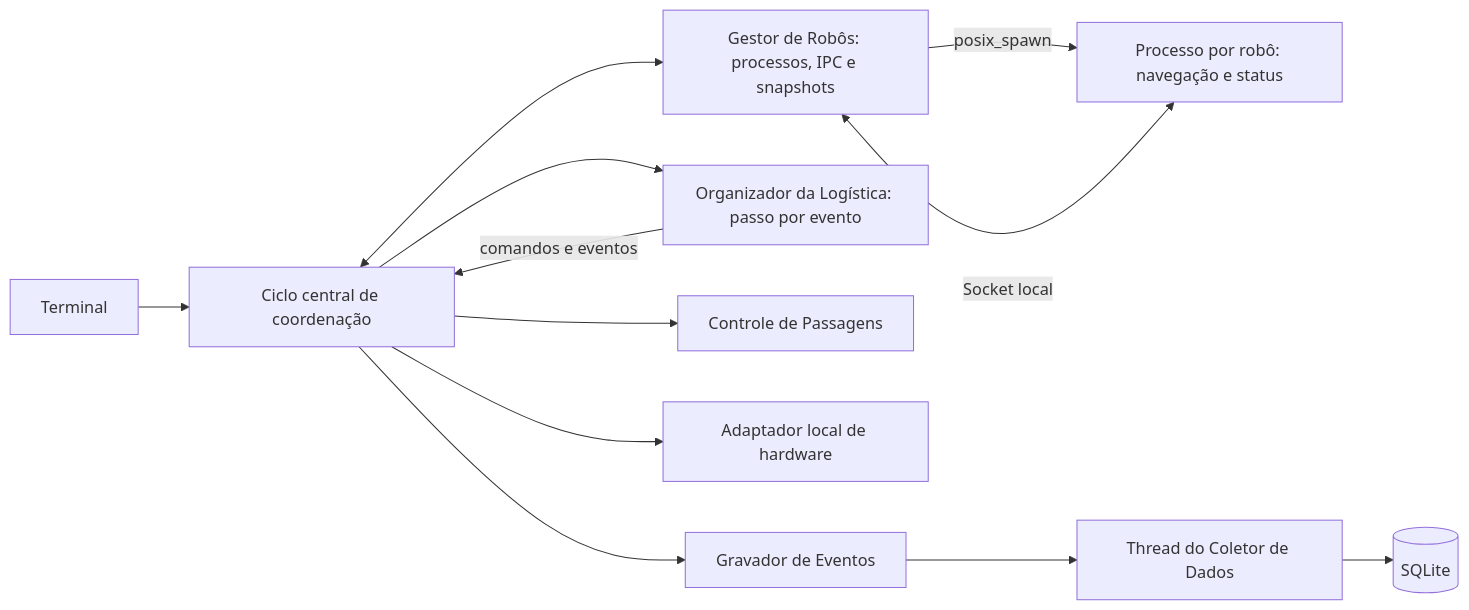
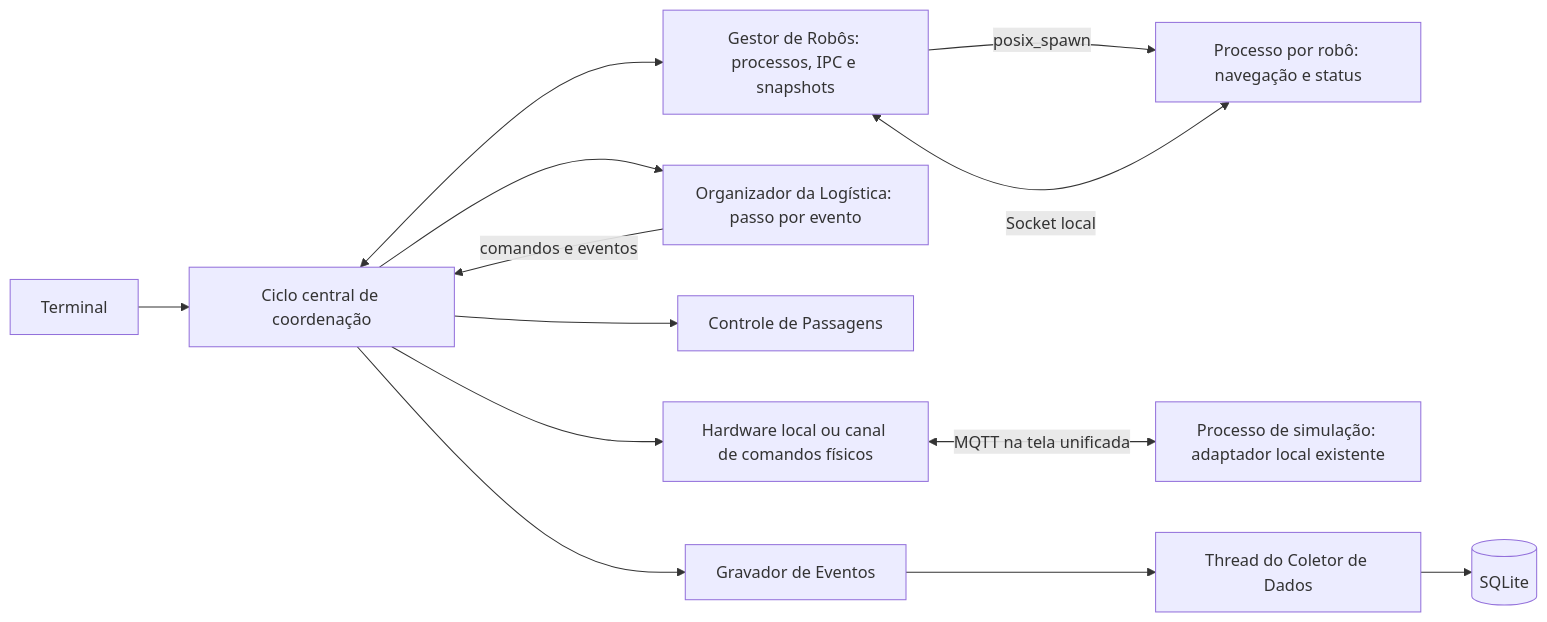
One commit to LuccaRig/Robotic-Fleet-Management-for-Logistics changed the diagram in docs/arquitetura-etapa1.md. Above: the diagram before and after it, drawn with Mermaid. The commit also changed other lines of this file and 28 other files, not shown here.

Commit message:
feat(simulacao): integra hardware MQTT e completa histórico e filas

````diff
--- a/docs/arquitetura-etapa1.md
+++ b/docs/arquitetura-etapa1.md
@@ -7,14 +7,15 @@
 ```mermaid
 flowchart LR
     Terminal --> Aplicacao[Ciclo central de coordenação]
     Aplicacao <--> Gestor[Gestor de Robôs: processos, IPC e snapshots]
     Gestor -->|posix_spawn| Robo[Processo por robô: navegação e status]
     Robo <-->|Socket local| Gestor
     Aplicacao --> Logistica[Organizador da Logística: passo por evento]
     Logistica -->|comandos e eventos| Aplicacao
     Aplicacao --> Passagens[Controle de Passagens]
-    Aplicacao --> Hardware[Adaptador local de hardware]
+    Aplicacao --> Hardware[Hardware local ou canal de comandos físicos]
+    Hardware <-->|MQTT na tela unificada| Simulador[Processo de simulação: adaptador local existente]
     Aplicacao --> Gravador[Gravador de Eventos]
     Gravador --> Coletor[Thread do Coletor de Dados]
     Coletor --> Banco[(SQLite)]
 ```
````
